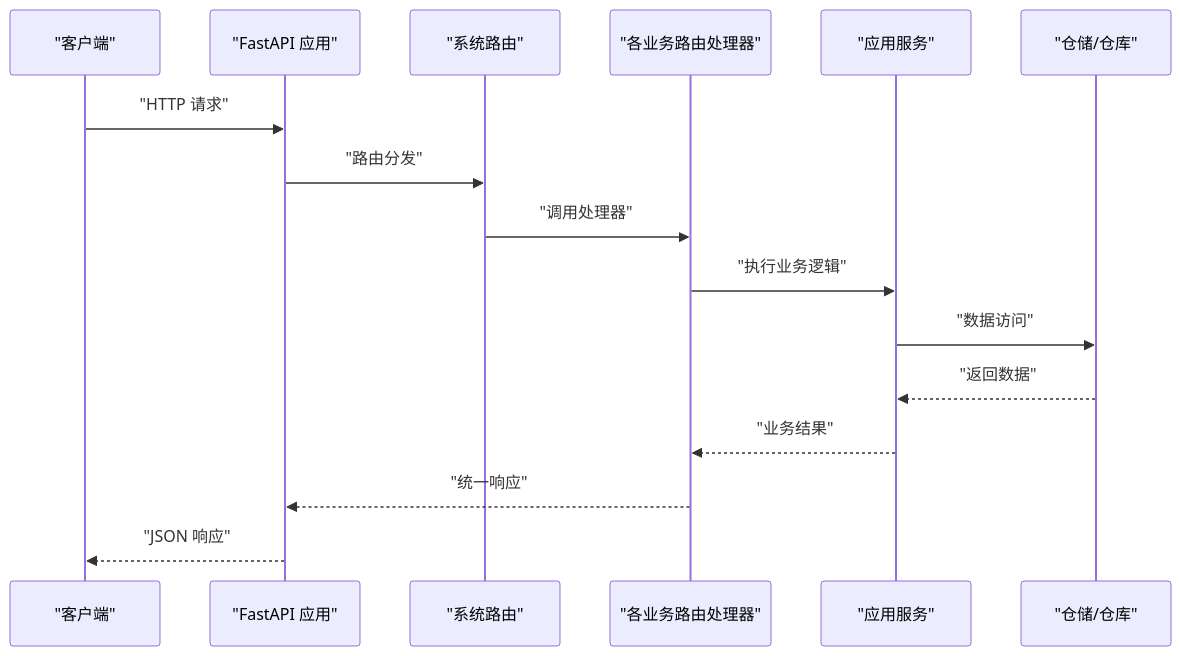
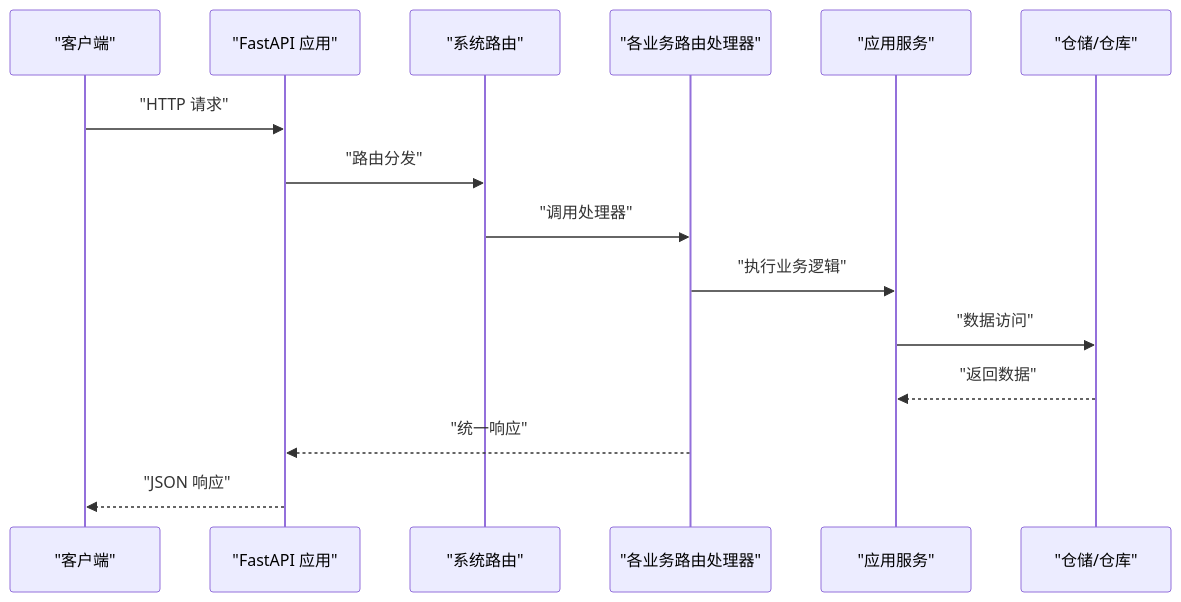
One commit to taoweidong/Hello-FastApi changed the second of 4 diagrams in .qoder/repowiki/zh/content/API 接口文档/API 接口文档.md. Above: the diagram before and after it, drawn with Mermaid. The commit also changed other lines of this file and 61 other files, not shown here.

````diff
--- a/.qoder/repowiki/zh/content/API 接口文档/API 接口文档.md
+++ b/.qoder/repowiki/zh/content/API 接口文档/API 接口文档.md
@@ -85,18 +98,17 @@
 ```mermaid
 sequenceDiagram
 participant Client as "客户端"
 participant API as "FastAPI 应用"
 participant Router as "系统路由"
 participant Handler as "各业务路由处理器"
 participant Service as "应用服务"
 participant Repo as "仓储/仓库"
 Client->>API : "HTTP 请求"
 API->>Router : "路由分发"
 Router->>Handler : "调用处理器"
 Handler->>Service : "执行业务逻辑"
 Service->>Repo : "数据访问"
 Repo-->>Service : "返回数据"
-Service-->>Handler : "业务结果"
 Handler-->>API : "统一响应"
 API-->>Client : "JSON 响应"
 ```
````
